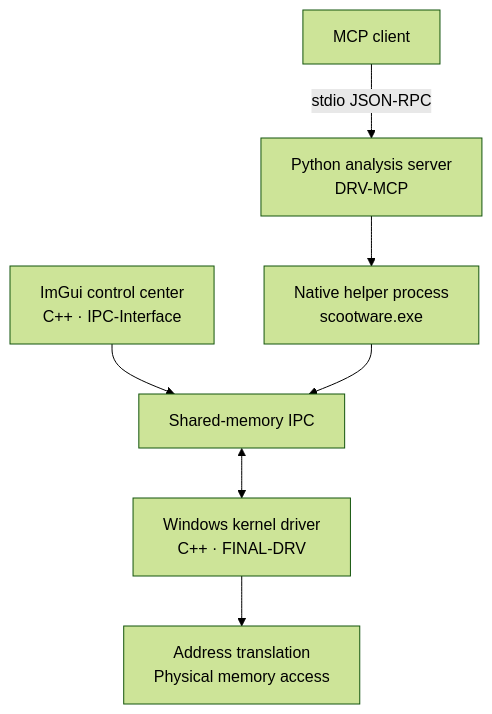
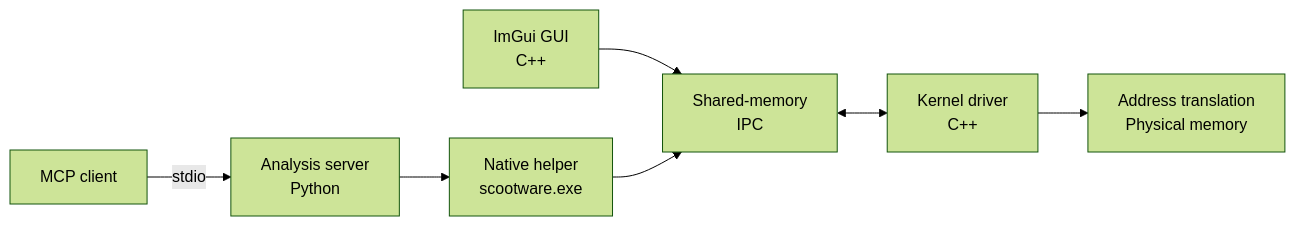
The diagram in README.md (Hunter-124/Scootware-Driver), drawn with Mermaid (forest theme) before and after one commit.

Commit message:
docs: compact architecture preview for GitHub layout

````diff
--- a/README.md
+++ b/README.md
@@ -19,9 +19,9 @@
 ```mermaid
-flowchart TD
-    GUI["ImGui control center<br/>C++ · IPC-Interface"] --> IPC["Shared-memory IPC"]
-    CLIENT["MCP client"] -->|"stdio JSON-RPC"| MCP["Python analysis server<br/>DRV-MCP"]
-    MCP --> HELPER["Native helper process<br/>scootware.exe"]
+flowchart LR
+    GUI["ImGui GUI<br/>C++"] --> IPC["Shared-memory<br/>IPC"]
+    CLIENT["MCP client"] -->|"stdio"| MCP["Analysis server<br/>Python"]
+    MCP --> HELPER["Native helper<br/>scootware.exe"]
     HELPER --> IPC
-    IPC <--> DRIVER["Windows kernel driver<br/>C++ · FINAL-DRV"]
-    DRIVER --> MEMORY["Address translation<br/>Physical memory access"]
+    IPC <--> DRIVER["Kernel driver<br/>C++"]
+    DRIVER --> MEMORY["Address translation<br/>Physical memory"]
 ```
````
